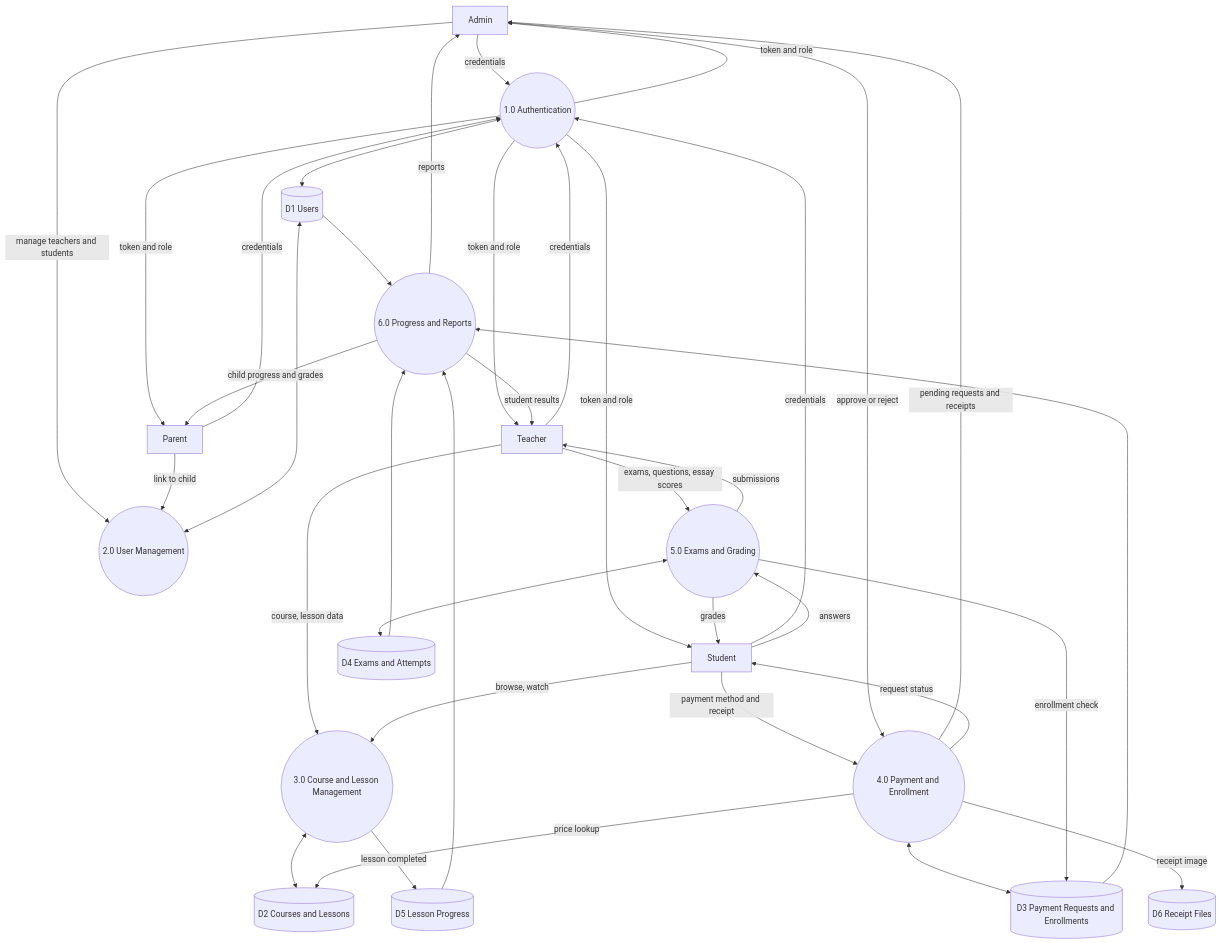
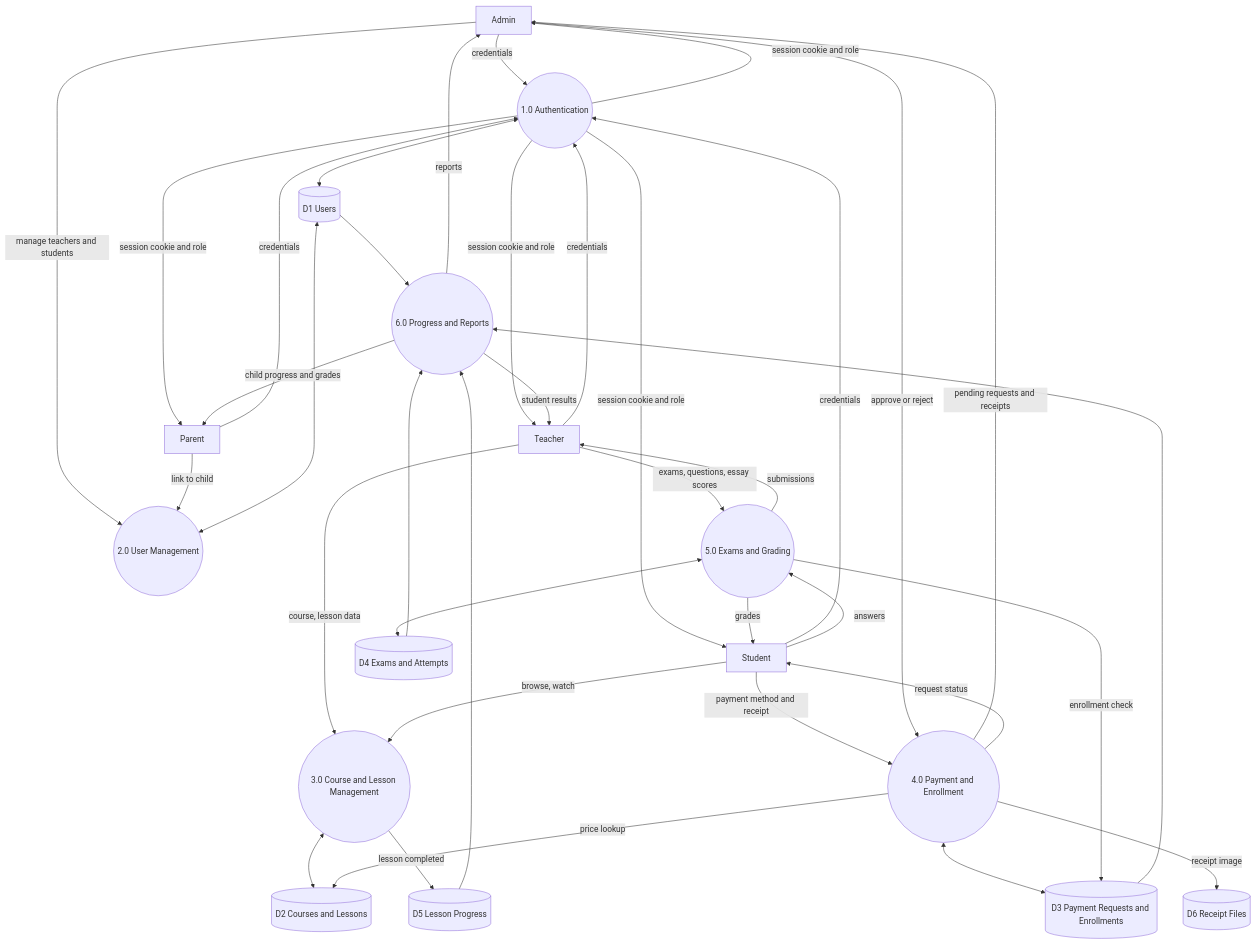
Before and after one commit to MohamedHany1n/Educational-Platform: the second of 2 diagrams in docs/4-analysis-design/06-dfd.md, drawn with Mermaid. The commit also changed 28 other files, not shown here.

````diff
--- a/docs/4-analysis-design/06-dfd.md
+++ b/docs/4-analysis-design/06-dfd.md
@@ -28,57 +28,57 @@
 ```mermaid
 flowchart TB
     ADM["Admin"]
     TCH["Teacher"]
     STD["Student"]
     PAR["Parent"]
 
     P1(("1.0 Authentication"))
     P2(("2.0 User Management"))
     P3(("3.0 Course and Lesson Management"))
     P4(("4.0 Payment and Enrollment"))
     P5(("5.0 Exams and Grading"))
     P6(("6.0 Progress and Reports"))
 
     D1[("D1 Users")]
     D2[("D2 Courses and Lessons")]
     D3[("D3 Payment Requests and Enrollments")]
     D4[("D4 Exams and Attempts")]
     D5[("D5 Lesson Progress")]
     D6[("D6 Receipt Files")]
 
     ADM & TCH & STD & PAR -- "credentials" --> P1
     P1 <--> D1
-    P1 -- "token and role" --> ADM & TCH & STD & PAR
+    P1 -- "session cookie and role" --> ADM & TCH & STD & PAR
 
     ADM -- "manage teachers and students" --> P2
     PAR -- "link to child" --> P2
     P2 <--> D1
 
     TCH -- "course, lesson data" --> P3
     STD -- "browse, watch" --> P3
     P3 <--> D2
     P3 -- "lesson completed" --> D5
 
     STD -- "payment method and receipt" --> P4
     P4 -- "receipt image" --> D6
     P4 <--> D3
     P4 -- "price lookup" --> D2
     ADM -- "approve or reject" --> P4
     P4 -- "pending requests and receipts" --> ADM
     P4 -- "request status" --> STD
 
     TCH -- "exams, questions, essay scores" --> P5
     STD -- "answers" --> P5
     P5 <--> D4
     P5 -- "enrollment check" --> D3
     P5 -- "grades" --> STD
     P5 -- "submissions" --> TCH
 
     D4 --> P6
     D5 --> P6
     D3 --> P6
     D1 --> P6
     P6 -- "reports" --> ADM
     P6 -- "child progress and grades" --> PAR
     P6 -- "student results" --> TCH
 ```
````
